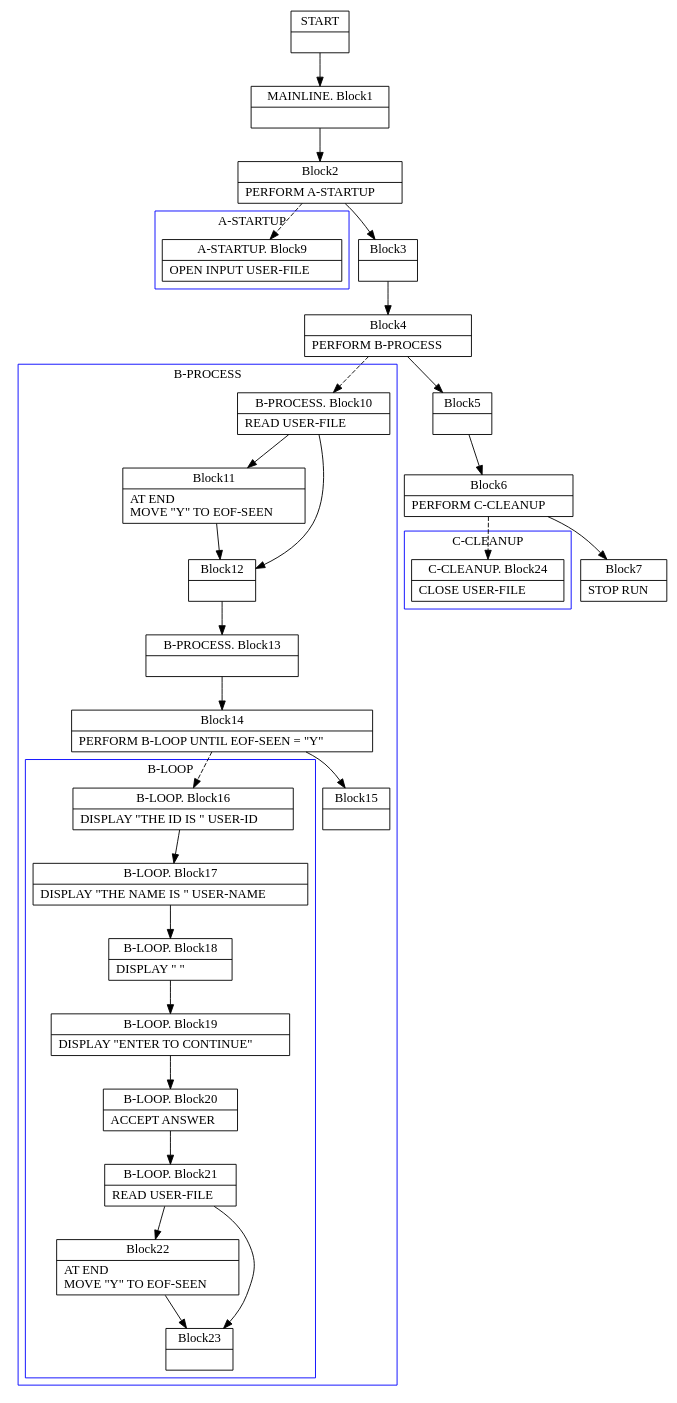
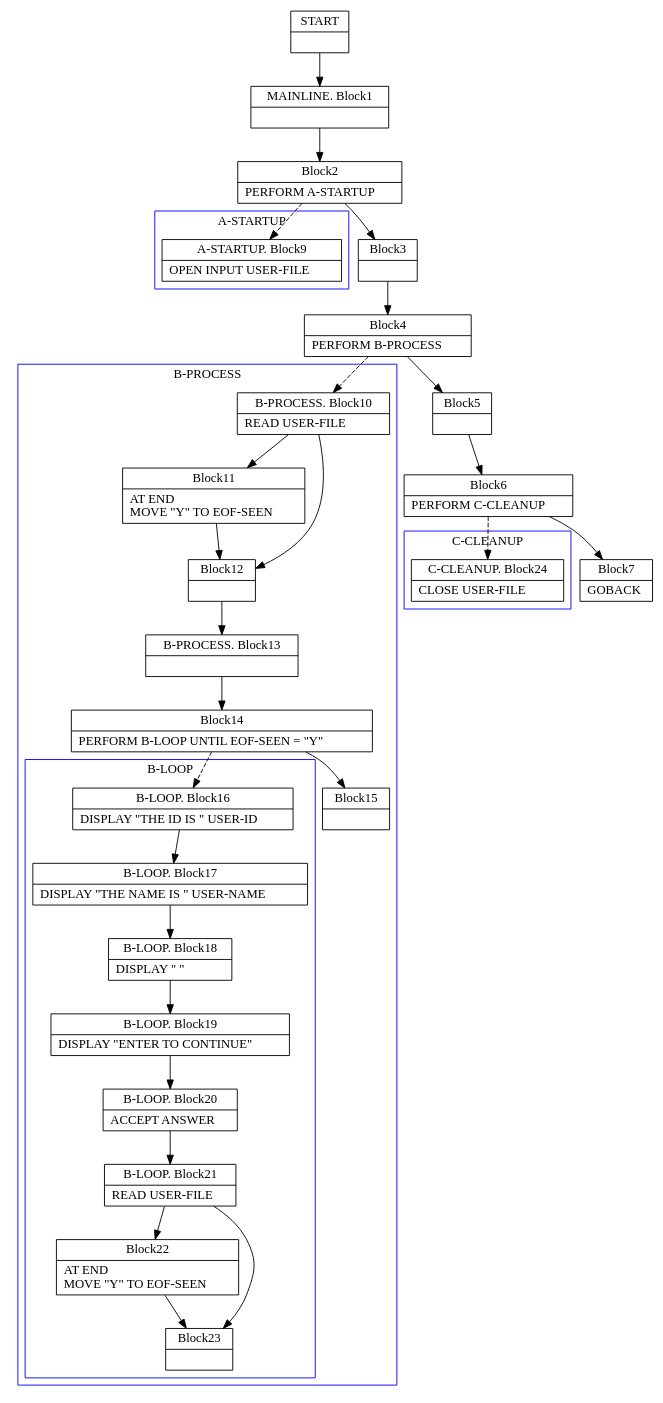
The diagram in TypeCobol.Analysis.Test/DotOutput/PerformProcedure0.dot (TypeCobolTeam/TypeCobol), drawn with Graphviz before and after one commit. The commit also changed 27 other files, not shown here.

```diff
--- a/TypeCobol.Analysis.Test/DotOutput/PerformProcedure0.dot
+++ b/TypeCobol.Analysis.Test/DotOutput/PerformProcedure0.dot
@@ -1,132 +1,132 @@
 digraph Cfg {
 compound=true;
 node [
 shape = "record"
 ]
 
 edge [
 arrowtail = "empty"
 ]
 Block0 [
 label = "{START|}"
 ]
 Block1 [
 label = "{MAINLINE. Block1|}"
 ]
 Block2 [
 label = "{Block2|    PERFORM A-STARTUP\l}"
 ]
 subgraph cluster_1{
 color = blue;
 label = "A-STARTUP";
 Block9 [
 label = "{A-STARTUP. Block9|    OPEN INPUT USER-FILE\l}"
 ]
 
 }
 Block2 -> Block9 [style=dashed]
 
 Block3 [
 label = "{Block3|}"
 ]
 Block4 [
 label = "{Block4|    PERFORM B-PROCESS\l}"
 ]
 subgraph cluster_2{
 color = blue;
 label = "B-PROCESS";
 Block10 [
 label = "{B-PROCESS. Block10|    READ USER-FILE\l}"
 ]
 Block11 [
 label = "{Block11|        AT END\l           MOVE \"Y\" TO EOF-SEEN\l}"
 ]
 Block12 [
 label = "{Block12|}"
 ]
 Block13 [
 label = "{B-PROCESS. Block13|}"
 ]
 Block14 [
 label = "{Block14|    PERFORM B-LOOP          UNTIL EOF-SEEN = \"Y\"\l}"
 ]
 subgraph cluster_4{
 color = blue;
 label = "B-LOOP";
 Block16 [
 label = "{B-LOOP. Block16|    DISPLAY \"THE ID IS \" USER-ID\l}"
 ]
 Block17 [
 label = "{B-LOOP. Block17|    DISPLAY \"THE NAME IS \" USER-NAME\l}"
 ]
 Block18 [
 label = "{B-LOOP. Block18|    DISPLAY \" \"\l}"
 ]
 Block19 [
 label = "{B-LOOP. Block19|    DISPLAY \"ENTER TO CONTINUE\"\l}"
 ]
 Block20 [
 label = "{B-LOOP. Block20|    ACCEPT ANSWER\l}"
 ]
 Block21 [
 label = "{B-LOOP. Block21|    READ USER-FILE\l}"
 ]
 Block22 [
 label = "{Block22|        AT END\l           MOVE \"Y\" TO EOF-SEEN\l}"
 ]
 Block23 [
 label = "{Block23|}"
 ]
 Block16 -> Block17
 Block17 -> Block18
 Block18 -> Block19
 Block19 -> Block20
 Block20 -> Block21
 Block21 -> Block22
 Block21 -> Block23
 Block22 -> Block23
 
 }
 Block14 -> Block16 [style=dashed]
 
 Block15 [
 label = "{Block15|}"
 ]
 Block10 -> Block11
 Block10 -> Block12
 Block11 -> Block12
 Block12 -> Block13
 Block13 -> Block14
 Block14 -> Block15
 
 }
 Block4 -> Block10 [style=dashed]
 
 Block5 [
 label = "{Block5|}"
 ]
 Block6 [
 label = "{Block6|    PERFORM C-CLEANUP\l}"
 ]
 subgraph cluster_3{
 color = blue;
 label = "C-CLEANUP";
 Block24 [
 label = "{C-CLEANUP. Block24|    CLOSE USER-FILE\l}"
 ]
 
 }
 Block6 -> Block24 [style=dashed]
 
 Block7 [
-label = "{Block7|    STOP RUN\l}"
+label = "{Block7|    GOBACK\l}"
 ]
 Block0 -> Block1
 Block1 -> Block2
 Block2 -> Block3
 Block3 -> Block4
 Block4 -> Block5
 Block5 -> Block6
 Block6 -> Block7
 
 }
```
